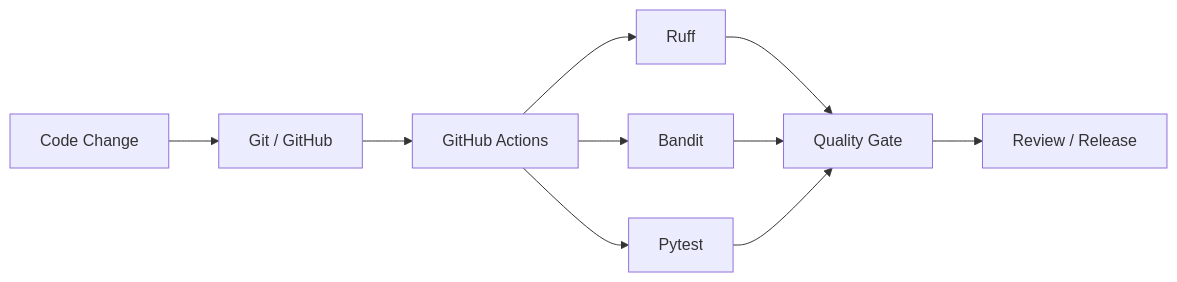
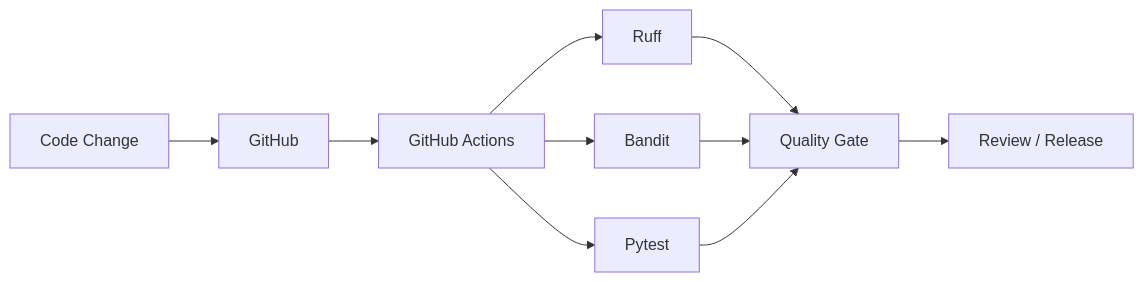
The sixth of 6 diagrams in README.md (ruveeha33/NuclearShield), drawn with Mermaid before and after one commit. The commit also changed other lines of this file, not shown here.

````diff
--- a/README.md
+++ b/README.md
@@ -720,18 +620,15 @@
 ```mermaid
 flowchart LR
-
-    CODE["Code Change"]
-        --> GIT["Git / GitHub"]
-
+    CODE["Code Change"] --> GIT["GitHub"]
     GIT --> CI["GitHub Actions"]
 
     CI --> RUFF["Ruff"]
     CI --> BANDIT["Bandit"]
-    CI --> PYTEST["Pytest"]
+    CI --> TEST["Pytest"]
 
     RUFF --> GATE["Quality Gate"]
     BANDIT --> GATE
-    PYTEST --> GATE
+    TEST --> GATE
 
-    GATE --> REVIEW["Review / Release"]
+    GATE --> RELEASE["Review / Release"]
 ```
````
